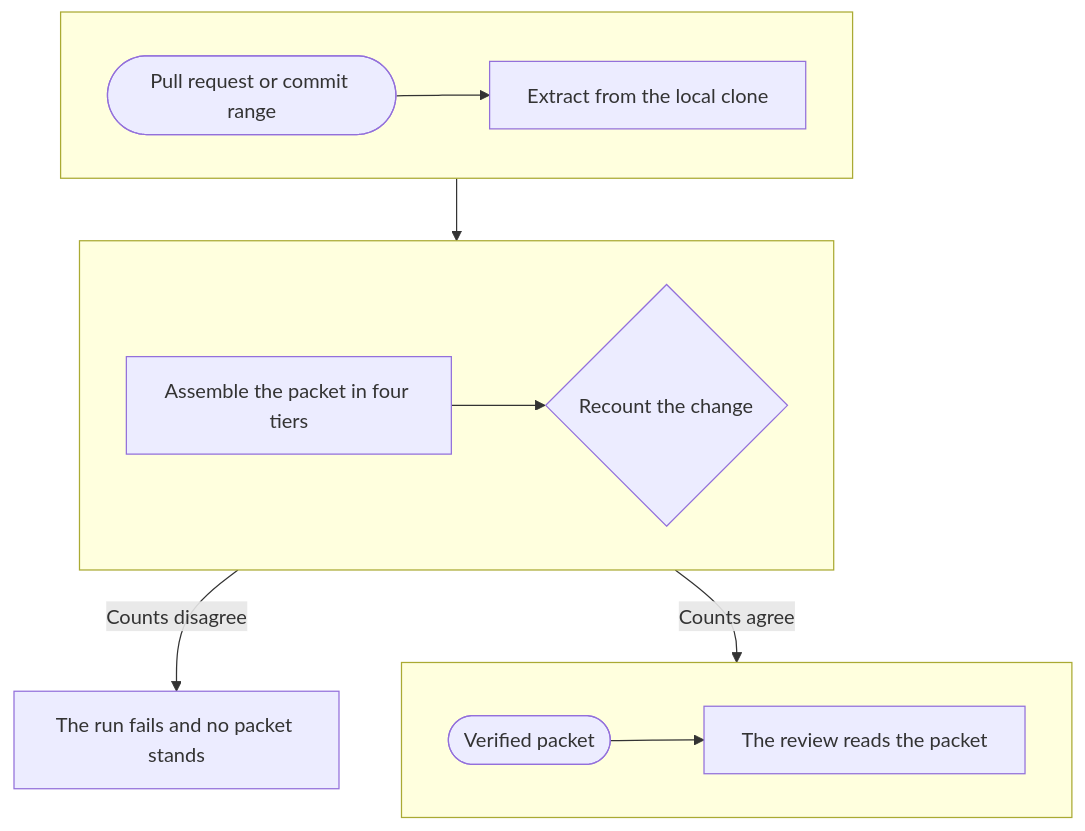
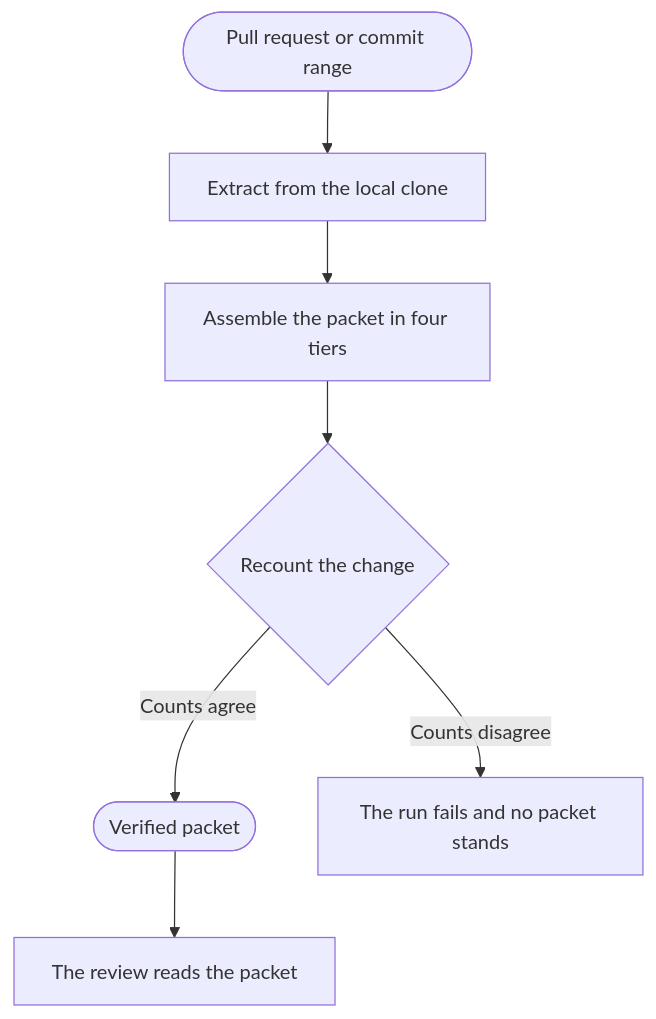
Before and after one commit to david-engelmann/recognitio: the diagram in README.md, drawn with Mermaid. The commit also changed other lines of this file and 1 other file, not shown here.

Commit message:
fix: settle the WP1 hero height and flow diagram on the phone pass
The hero demo image drops its height attribute so GitHub no longer
stretches the phone crop into a 608 tall box, and both picture
sources render at their natural aspect with the width alone
declared. The flow diagram returns to its tall single column form
after the wide single row failed phone legibility on the live page
and the paired subgraph rows failed to render at all. The diagram
pin now fails on the subgraph form it replaces, which the WP1
completion mutation run proved the earlier pin did not.

````diff
--- a/README.md
+++ b/README.md
@@ -104,18 +104,9 @@
 ```mermaid
 flowchart TB
-    subgraph one [ ]
-        direction LR
-        A([Pull request or commit range]) --> B[Extract from the local clone]
-    end
-    subgraph two [ ]
-        direction LR
-        C[Assemble the packet in four tiers] --> D{Recount the change}
-    end
-    subgraph three [ ]
-        direction LR
-        E([Verified packet]) --> G[The review reads the packet]
-    end
-    B --> C
-    D -->|Counts agree| E
+    A([Pull request or commit range]) --> B[Extract from the local clone]
+    B --> C[Assemble the packet in four tiers]
+    C --> D{Recount the change}
+    D -->|Counts agree| E([Verified packet])
     D -->|Counts disagree| F[The run fails and no packet stands]
+    E --> G[The review reads the packet]
 ```
````
